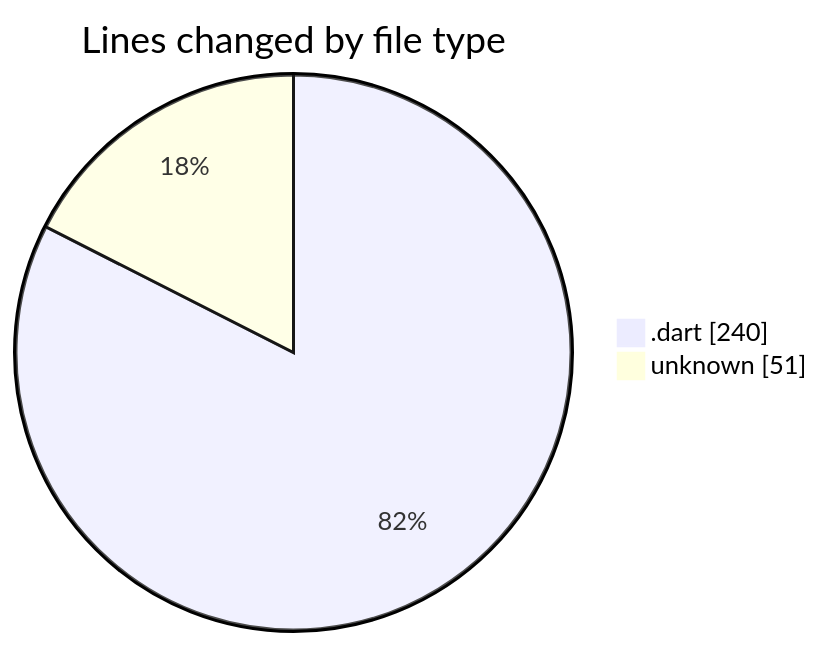
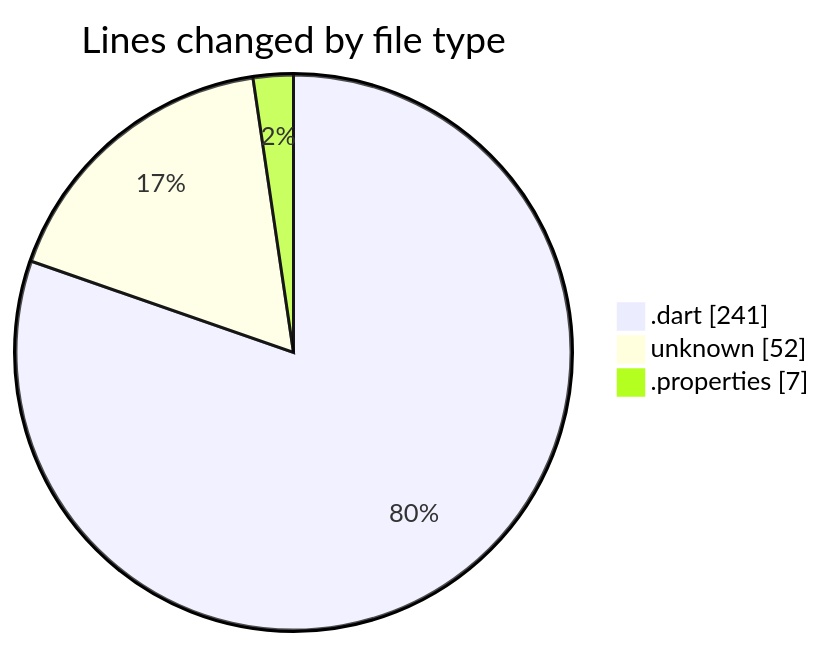
One commit to donsfak/code-tracking changed the first of 2 diagrams in 2025-01-02/uber_clone/README.md. Above: the diagram before and after it, drawn with Mermaid. The commit also changed other lines of this file and 1 other file, not shown here.

````diff
--- a/2025-01-02/uber_clone/README.md
+++ b/2025-01-02/uber_clone/README.md
@@ -24,6 +25,7 @@
 ```mermaid
 pie showData
 title Lines changed by file type
-".dart" : 240
-"unknown" : 51
+".dart" : 241
+"unknown" : 52
+".properties" : 7
 ```
````
